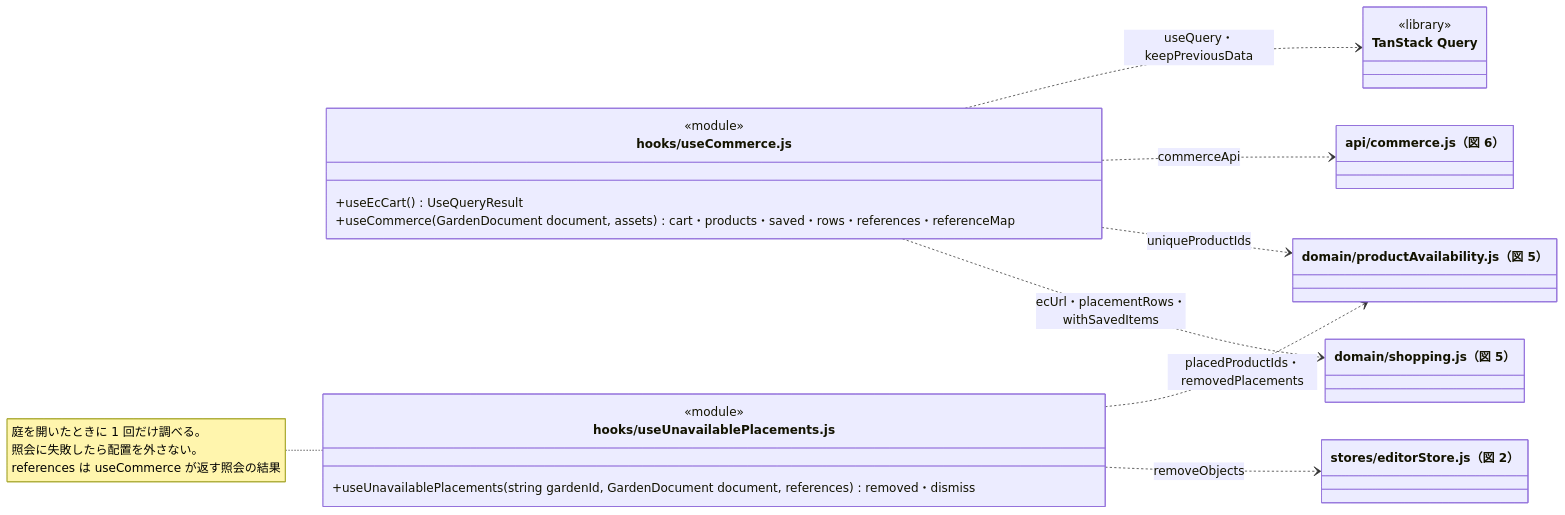
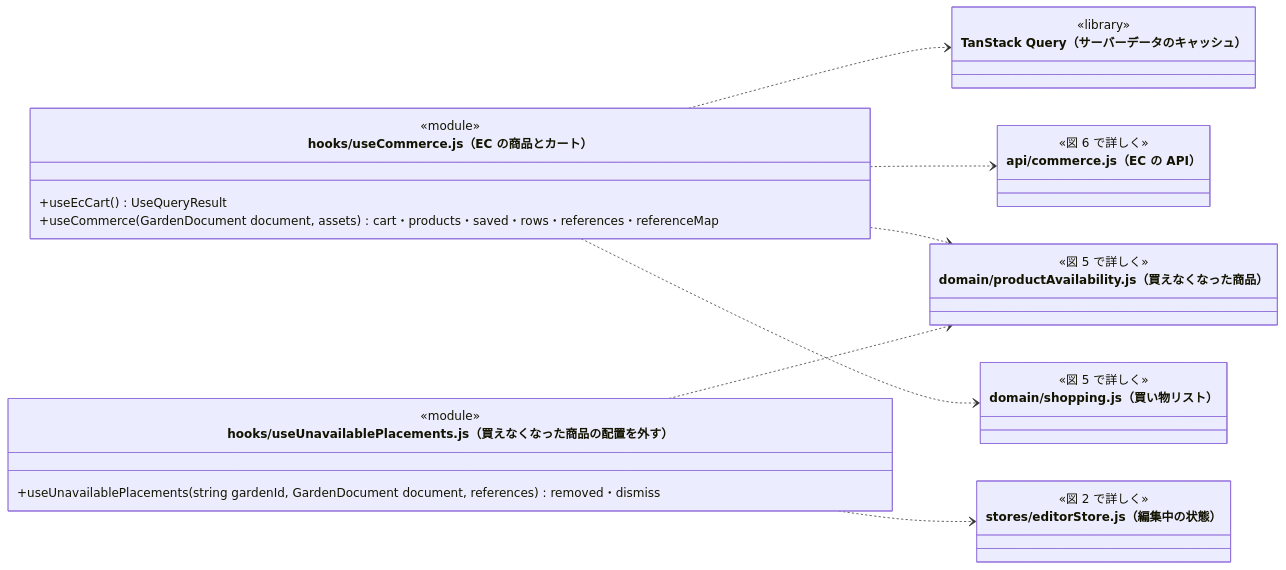
The eighth of 8 diagrams in クラス図/kusakari-canvas/04_GardenDocumentと画面の状態.md (abeouga/kusakari-document), drawn with Mermaid before and after one commit. The commit also changed other lines of this file and 40 other files, not shown here.

Commit message:
Canvas のクラス図に全体図を足し、詳細図をデータとモジュールの図に分けて書き直す

````diff
--- a/クラス図/kusakari-canvas/04_GardenDocumentと画面の状態.md
+++ b/クラス図/kusakari-canvas/04_GardenDocumentと画面の状態.md
@@ -743,27 +810,36 @@
 ```mermaid
 classDiagram
     direction LR
-    class useCommerce["hooks/useCommerce.js"] {
+
+    class useCommerce["hooks/useCommerce.js（EC の商品とカート）"] {
         <<module>>
         +useEcCart() UseQueryResult
         +useCommerce(GardenDocument document, assets) cart・products・saved・rows・references・referenceMap
     }
-    class useUnavailablePlacements["hooks/useUnavailablePlacements.js"] {
+    class useUnavailablePlacements["hooks/useUnavailablePlacements.js（買えなくなった商品の配置を外す）"] {
         <<module>>
         +useUnavailablePlacements(string gardenId, GardenDocument document, references) removed・dismiss
     }
-    class Query["TanStack Query"] {
+    class Query["TanStack Query（サーバーデータのキャッシュ）"] {
         <<library>>
     }
-    class editorStore["stores/editorStore.js（図 2）"]
-    class commerce["api/commerce.js（図 6）"]
-    class productAvailability["domain/productAvailability.js（図 5）"]
-    class shopping["domain/shopping.js（図 5）"]
-    useCommerce ..> Query : useQuery・keepPreviousData
-    useCommerce ..> commerce : commerceApi
-    useCommerce ..> productAvailability : uniqueProductIds
-    useCommerce ..> shopping : ecUrl・placementRows・withSavedItems
-    useUnavailablePlacements ..> productAvailability : placedProductIds・removedPlacements
-    useUnavailablePlacements ..> editorStore : removeObjects
-    note for useUnavailablePlacements "庭を開いたときに 1 回だけ調べる。<br/>照会に失敗したら配置を外さない。<br/>references は useCommerce が返す照会の結果"
+    class editorStore["stores/editorStore.js（編集中の状態）"] {
+        <<図 2 で詳しく>>
+    }
+    class commerce["api/commerce.js（EC の API）"] {
+        <<図 6 で詳しく>>
+    }
+    class productAvailability["domain/productAvailability.js（買えなくなった商品）"] {
+        <<図 5 で詳しく>>
+    }
+    class shopping["domain/shopping.js（買い物リスト）"] {
+        <<図 5 で詳しく>>
+    }
+
+    useCommerce ..> Query
+    useCommerce ..> commerce
+    useCommerce ..> productAvailability
+    useCommerce ..> shopping
+    useUnavailablePlacements ..> productAvailability
+    useUnavailablePlacements ..> editorStore
 ```
````
